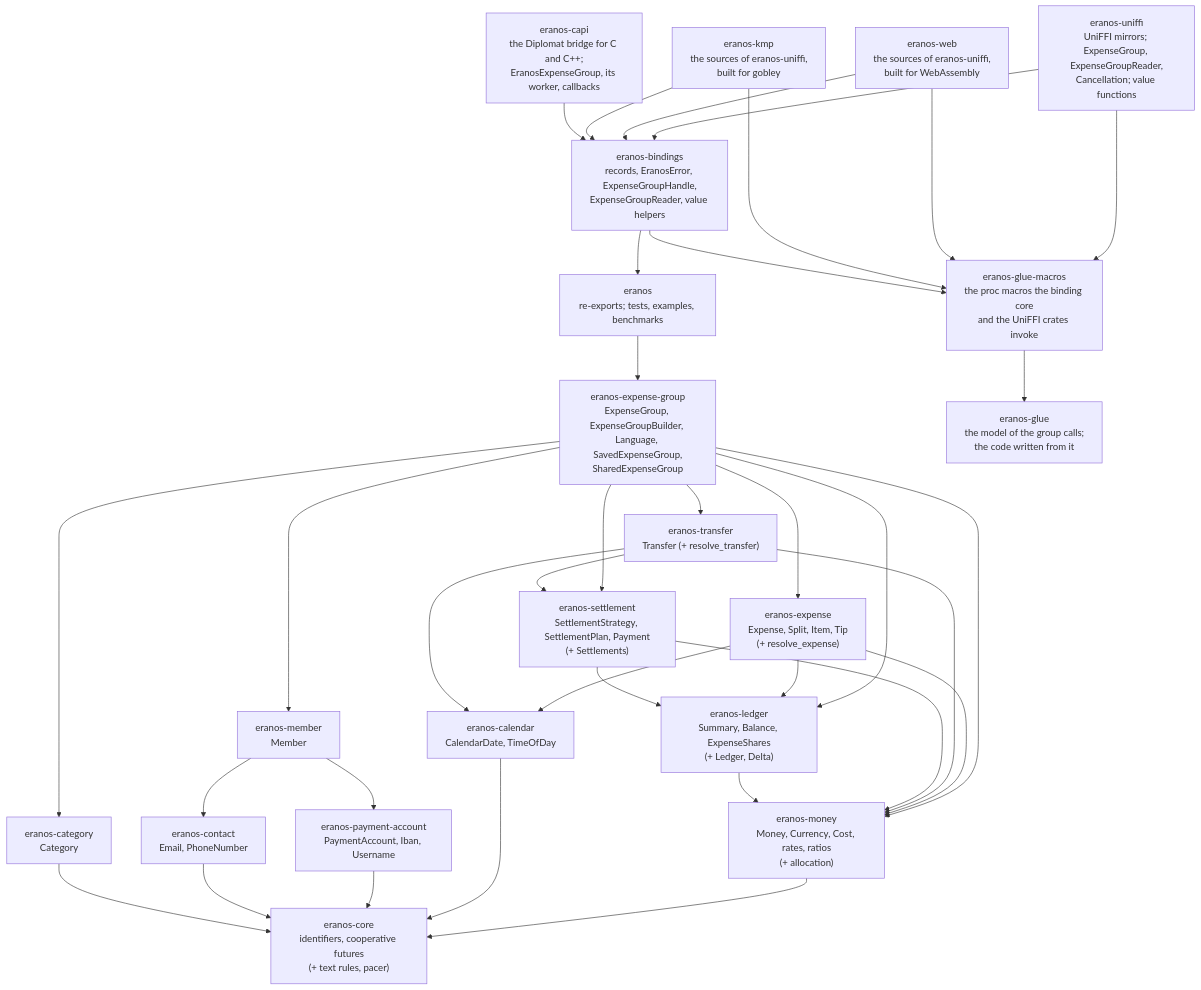
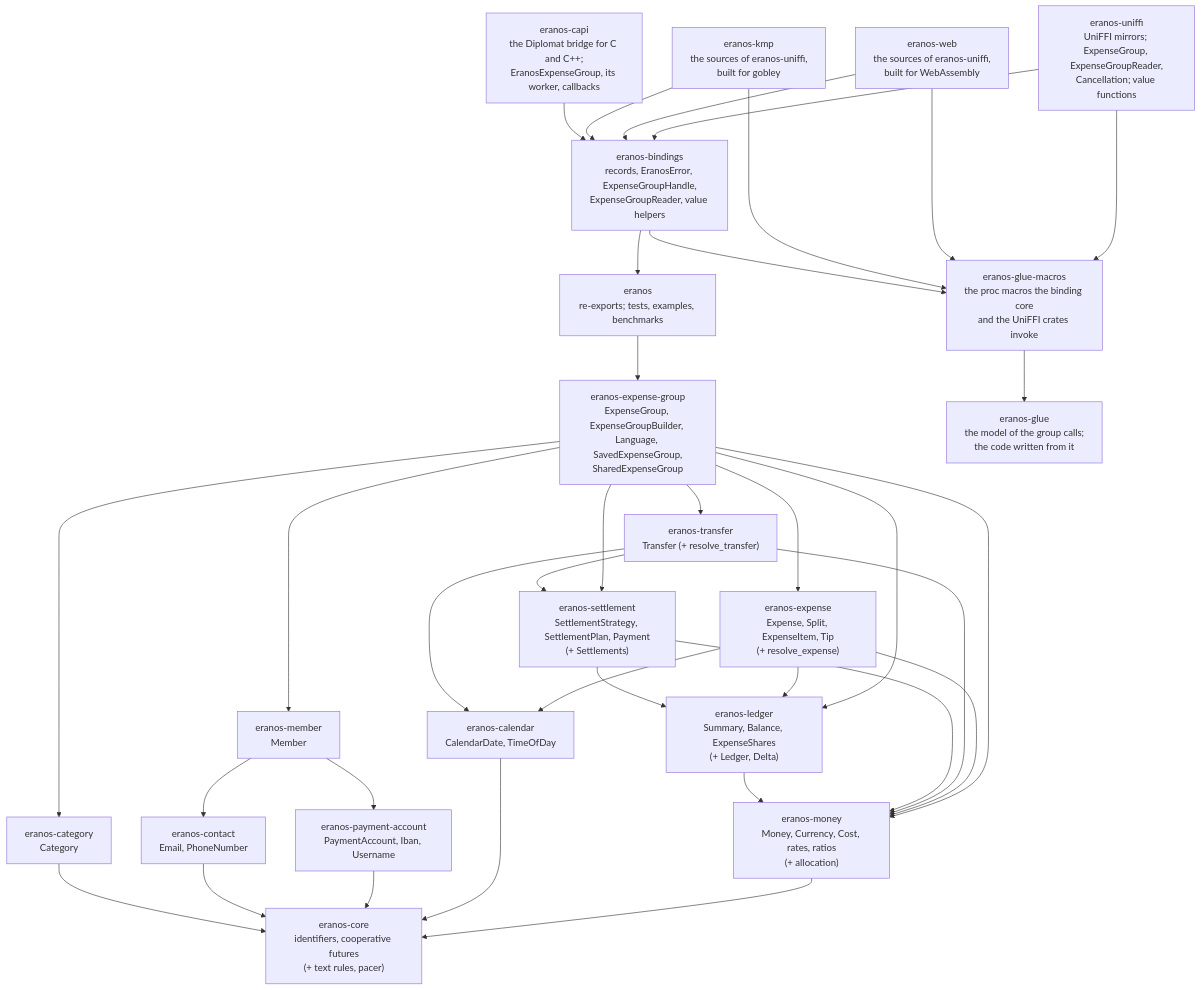
The first of 3 diagrams in docs/ARCHITECTURE.md (cristiancristea00/eranos), drawn with Mermaid before and after one commit. The commit also changed other lines of this file and 64 other files, not shown here.

````diff
--- a/docs/ARCHITECTURE.md
+++ b/docs/ARCHITECTURE.md
@@ -86,57 +86,57 @@
 ```mermaid
 flowchart TD
     UNIFFI["eranos-uniffi<br/>UniFFI mirrors; ExpenseGroup, ExpenseGroupReader,<br/>Cancellation; value functions"]
     WEB["eranos-web<br/>the sources of eranos-uniffi,<br/>built for WebAssembly"]
     KMP["eranos-kmp<br/>the sources of eranos-uniffi,<br/>built for gobley"]
     CAPI["eranos-capi<br/>the Diplomat bridge for C and C++;<br/>EranosExpenseGroup, its worker, callbacks"]
     BINDINGS["eranos-bindings<br/>records, EranosError, ExpenseGroupHandle,<br/>ExpenseGroupReader, value helpers"]
     FACADE["eranos<br/>re-exports; tests, examples, benchmarks"]
     EXPENSE_GROUP["eranos-expense-group<br/>ExpenseGroup, ExpenseGroupBuilder, Language, SavedExpenseGroup,<br/>SharedExpenseGroup"]
-    EXPENSE["eranos-expense<br/>Expense, Split, Item, Tip<br/>(+ resolve_expense)"]
+    EXPENSE["eranos-expense<br/>Expense, Split, ExpenseItem, Tip<br/>(+ resolve_expense)"]
     TRANSFER["eranos-transfer<br/>Transfer (+ resolve_transfer)"]
     MEMBER["eranos-member<br/>Member"]
     CATEGORY["eranos-category<br/>Category"]
     SETTLEMENT["eranos-settlement<br/>SettlementStrategy, SettlementPlan, Payment<br/>(+ Settlements)"]
     PAYMENT_ACCOUNT["eranos-payment-account<br/>PaymentAccount, Iban, Username"]
     CONTACT["eranos-contact<br/>Email, PhoneNumber"]
     LEDGER["eranos-ledger<br/>Summary, Balance, ExpenseShares<br/>(+ Ledger, Delta)"]
     CALENDAR["eranos-calendar<br/>CalendarDate, TimeOfDay"]
     MONEY["eranos-money<br/>Money, Currency, Cost, rates, ratios<br/>(+ allocation)"]
     CORE["eranos-core<br/>identifiers, cooperative futures<br/>(+ text rules, pacer)"]
     MACROS["eranos-glue-macros<br/>the proc macros the binding core<br/>and the UniFFI crates invoke"]
     GLUE["eranos-glue<br/>the model of the group calls;<br/>the code written from it"]
     UNIFFI --> BINDINGS
     WEB --> BINDINGS
     KMP --> BINDINGS
     UNIFFI --> MACROS
     WEB --> MACROS
     KMP --> MACROS
     CAPI --> BINDINGS
     BINDINGS --> FACADE
     BINDINGS --> MACROS
     MACROS --> GLUE
     FACADE --> EXPENSE_GROUP
     EXPENSE_GROUP --> EXPENSE
     EXPENSE_GROUP --> TRANSFER
     EXPENSE_GROUP --> MEMBER
     EXPENSE_GROUP --> CATEGORY
     EXPENSE_GROUP --> SETTLEMENT
     EXPENSE_GROUP --> LEDGER
     EXPENSE_GROUP --> MONEY
     EXPENSE --> LEDGER
     EXPENSE --> CALENDAR
     EXPENSE --> MONEY
     TRANSFER --> SETTLEMENT
     TRANSFER --> CALENDAR
     TRANSFER --> MONEY
     MEMBER --> PAYMENT_ACCOUNT
     MEMBER --> CONTACT
     SETTLEMENT --> LEDGER
     SETTLEMENT --> MONEY
     LEDGER --> MONEY
     MONEY --> CORE
     CALENDAR --> CORE
     PAYMENT_ACCOUNT --> CORE
     CONTACT --> CORE
     CATEGORY --> CORE
 ```
````
